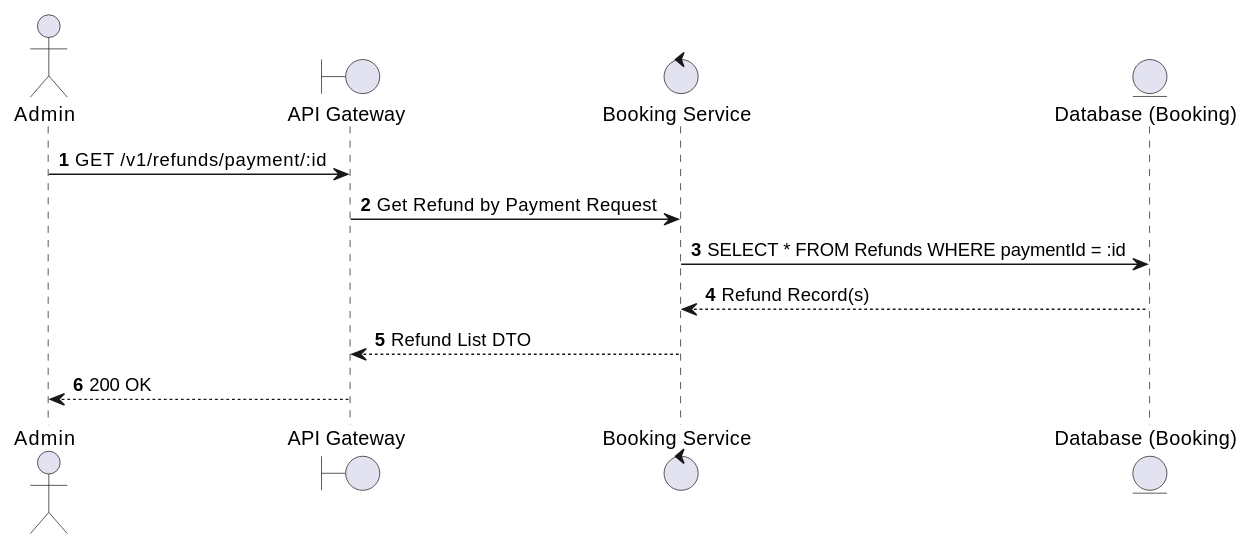
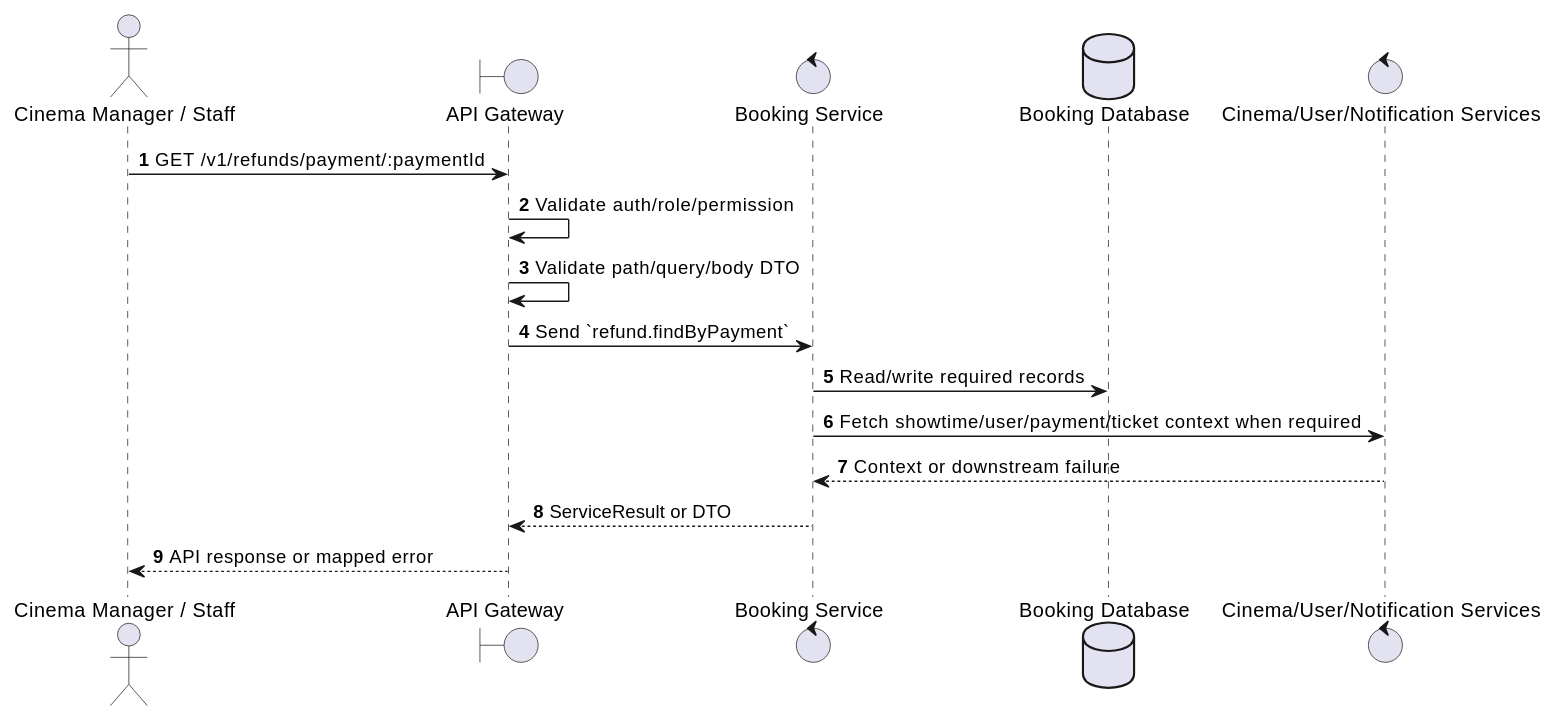
Before and after one commit to Tanh1603/movie-hub-architecture: the first of 2 diagrams in docs/functional_specs/3.8_Refund_Management_Module/RF-04_Find_Refunds_by_Payment.md, drawn with PlantUML. The commit also changed other lines of this file and 126 other files, not shown here.

````diff
--- a/docs/functional_specs/3.8_Refund_Management_Module/RF-04_Find_Refunds_by_Payment.md
+++ b/docs/functional_specs/3.8_Refund_Management_Module/RF-04_Find_Refunds_by_Payment.md
@@ -17,16 +17,20 @@
 ```plantuml
 @startuml
 autonumber
-actor Admin
+actor "Cinema Manager / Staff" as Actor
 boundary "API Gateway" as GW
-control "Booking Service" as BS
-entity "Database (Booking)" as DB
+control "Booking Service" as SVC
+database "Booking Database" as DB
+control "Cinema/User/Notification Services" as EXT
 
-Admin -> GW: GET /v1/refunds/payment/:id
-GW -> BS: Get Refund by Payment Request
-BS -> DB: SELECT * FROM Refunds WHERE paymentId = :id
-DB --> BS: Refund Record(s)
-BS --> GW: Refund List DTO
-GW --> Admin: 200 OK
+Actor -> GW: GET /v1/refunds/payment/:paymentId
+GW -> GW: Validate auth/role/permission
+GW -> GW: Validate path/query/body DTO
+GW -> SVC: Send `refund.findByPayment`
+SVC -> DB: Read/write required records
+SVC -> EXT: Fetch showtime/user/payment/ticket context when required
+EXT --> SVC: Context or downstream failure
+SVC --> GW: ServiceResult or DTO
+GW --> Actor: API response or mapped error
 @enduml
 ```
````
